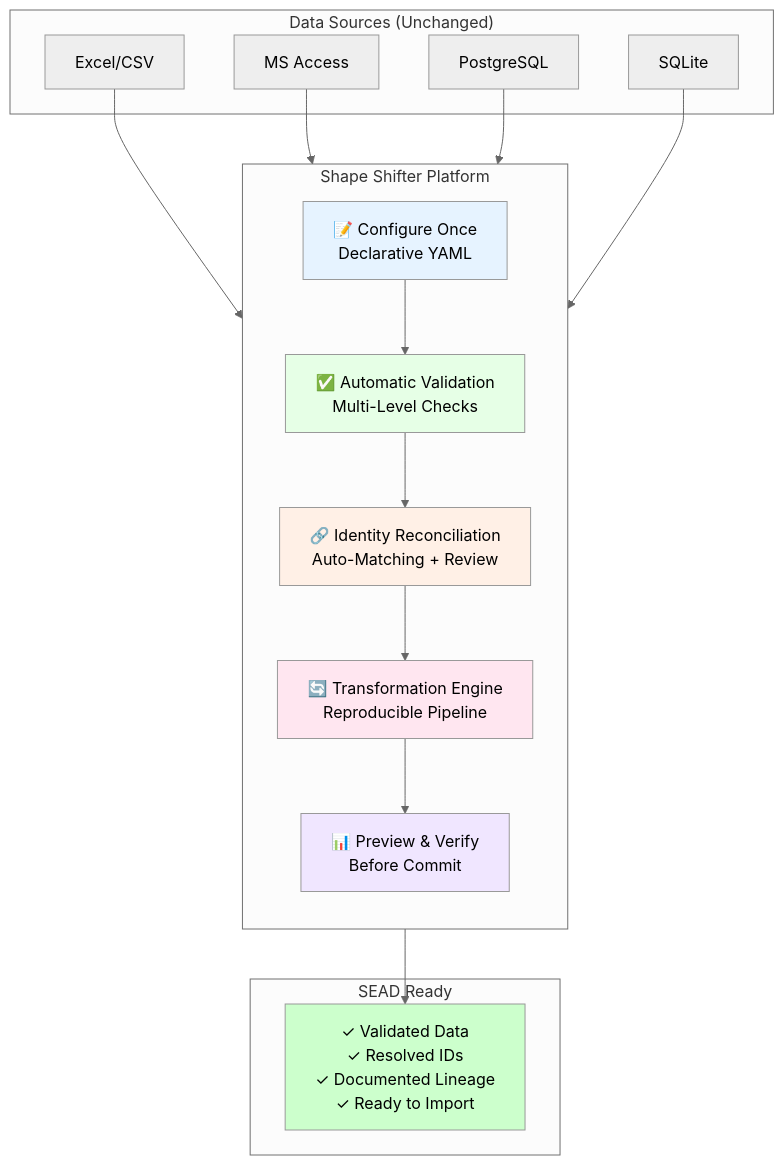
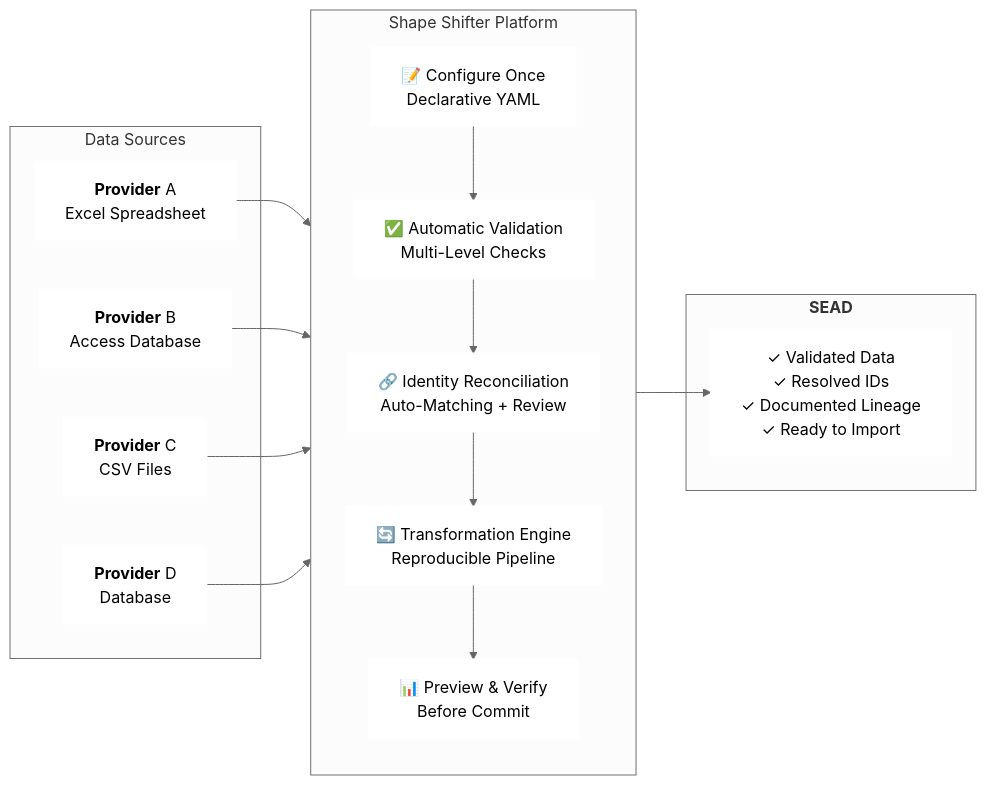
Before and after one commit to humlab-sead/sead_shape_shifter: the second of 15 diagrams in docs/SYSTEM_DIAGRAMS.md, drawn with Mermaid (neutral theme). The commit also changed other lines of this file and 6 other files, not shown here.

First line of the commit message:
feat: enhance system diagrams and improve UI/UX in project editor

````diff
--- a/docs/SYSTEM_DIAGRAMS.md
+++ b/docs/SYSTEM_DIAGRAMS.md
@@ -54,40 +62,46 @@
 ```mermaid
-flowchart TB
-    subgraph "Data Sources (Unchanged)"
-        DS1[Excel/CSV]
-        DS2[MS Access]
-        DS3[PostgreSQL]
-        DS4[SQLite]
+flowchart LR
+    subgraph "Data Sources "
+        DS1[<b>Provider</b> A<br/>Excel Spreadsheet]
+        DS2[<b>Provider</b> B<br/>Access Database]
+        DS3[<b>Provider</b> C<br/>CSV Files]
+        DS4[<b>Provider</b> D<br/>Database]
     end
     
     subgraph "Shape Shifter Platform"
         direction TB
         SS1[📝 Configure Once<br/>Declarative YAML]
         SS2[✅ Automatic Validation<br/>Multi-Level Checks]
         SS3[🔗 Identity Reconciliation<br/>Auto-Matching + Review]
         SS4[🔄 Transformation Engine<br/>Reproducible Pipeline]
         SS5[📊 Preview & Verify<br/>Before Commit]
     end
     
-    subgraph "SEAD Ready"
+    subgraph "<b>SEAD</b>"
         SEAD[✓ Validated Data<br/>✓ Resolved IDs<br/>✓ Documented Lineage<br/>✓ Ready to Import]
     end
     
     DS1 --> SS1
     DS2 --> SS1
     DS3 --> SS1
     DS4 --> SS1
     
     SS1 --> SS2
     SS2 --> SS3
     SS3 --> SS4
     SS4 --> SS5
     SS5 --> SEAD
+
+    style DS1 fill:#ffffff,color:#000000,stroke:#ffffff,stroke-width:2px
+    style DS2 fill:#ffffff,color:#000000,stroke:#ffffff,stroke-width:2px
+    style DS3 fill:#ffffff,color:#000000,stroke:#ffffff,stroke-width:2px
+    style DS4 fill:#ffffff,color:#000000,stroke:#ffffff,stroke-width:2px
     
-    style SS1 fill:#e6f3ff
-    style SS2 fill:#e6ffe6
-    style SS3 fill:#fff0e6
-    style SS4 fill:#ffe6f0
-    style SS5 fill:#f0e6ff
-    style SEAD fill:#ccffcc
+    style SS1 fill:#ffffff,color:#000000,stroke:#ffffff,stroke-width:2px
+    style SS2 fill:#ffffff,color:#000000,stroke:#ffffff,stroke-width:2px
+    style SS3 fill:#ffffff,color:#000000,stroke:#ffffff,stroke-width:2px
+    style SS4 fill:#ffffff,color:#000000,stroke:#ffffff,stroke-width:2px
+    style SS5 fill:#ffffff,color:#000000,stroke:#ffffff,stroke-width:2px
+
+    style SEAD fill:#ffffff,color:#000000,stroke:#ffffff,stroke-width:2px
 ```
````
